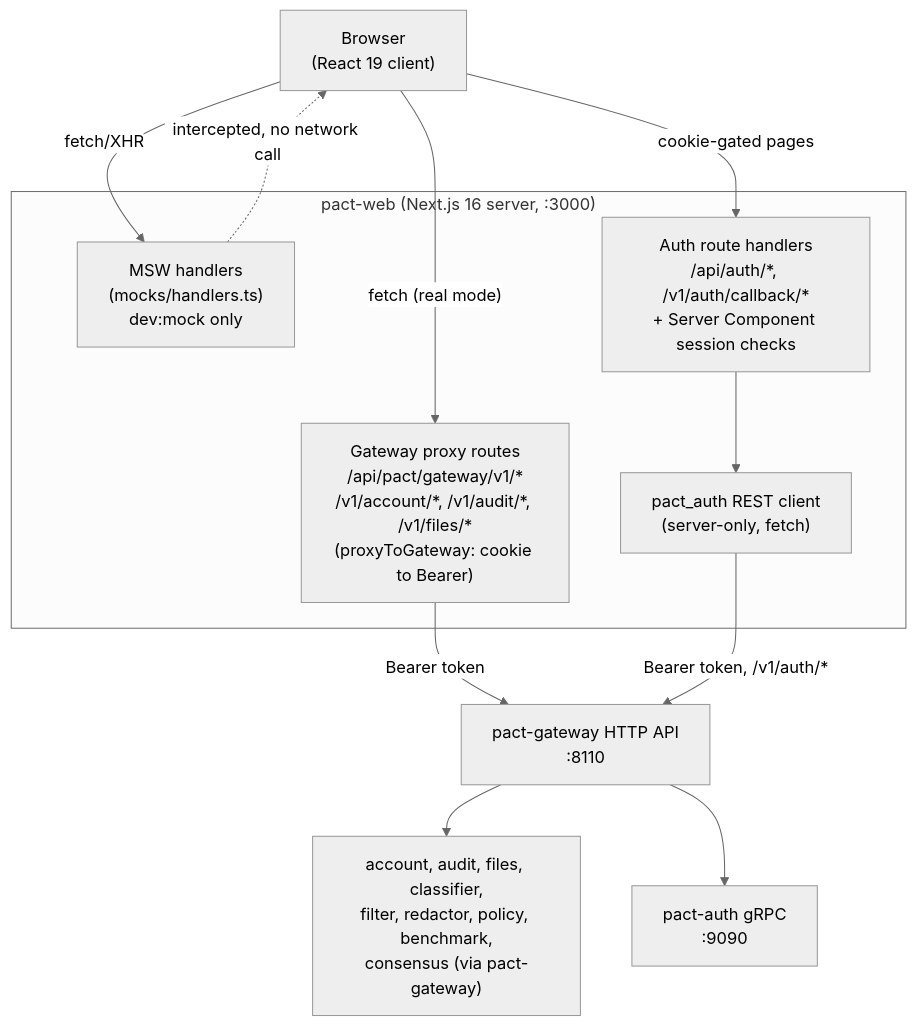
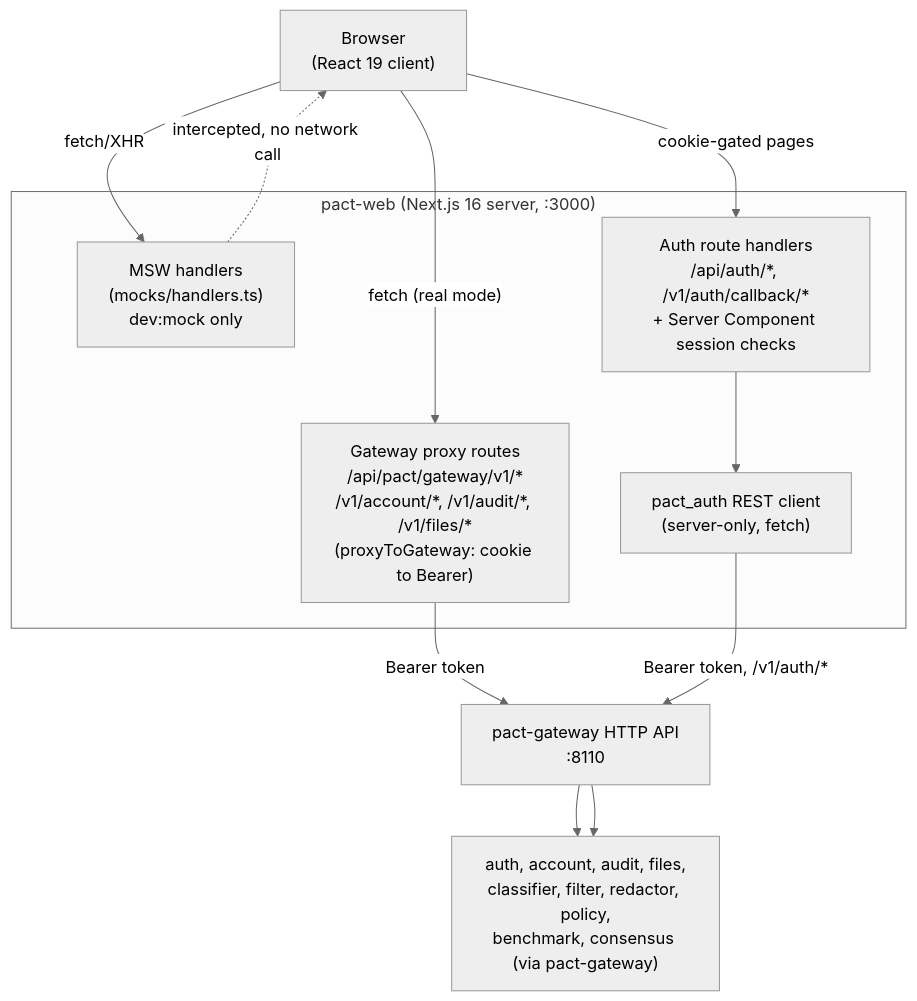
The diagram in README.md (PACT-Toolkit/pact-web), drawn with Mermaid (neutral theme) before and after one commit. The commit also changed other lines of this file and 1 other file, not shown here.

Commit message:
📝 align architecture diagrams with current auth and session flows (#184)

````diff
--- a/README.md
+++ b/README.md
@@ -18,28 +18,27 @@
 ```mermaid
 flowchart TB
     Browser["Browser<br/>(React 19 client)"]
 
     subgraph web["pact-web (Next.js 16 server, :3000)"]
         MSW["MSW handlers<br/>(mocks/handlers.ts)<br/>dev:mock only"]
         ProxyRoutes["Gateway proxy routes<br/>/api/pact/gateway/v1/*<br/>/v1/account/*, /v1/audit/*, /v1/files/*<br/>(proxyToGateway: cookie to Bearer)"]
         AuthRoutes["Auth route handlers<br/>/api/auth/*, /v1/auth/callback/*<br/>+ Server Component session checks"]
         AuthClient["pact_auth REST client<br/>(server-only, fetch)"]
     end
 
     Gateway["pact-gateway HTTP API<br/>:8110"]
-    Auth["pact-auth gRPC<br/>:9090"]
-    Downstream["account, audit, files, classifier,<br/>filter, redactor, policy, benchmark,<br/>consensus (via pact-gateway)"]
+    Downstream["auth, account, audit, files,<br/>classifier, filter, redactor, policy,<br/>benchmark, consensus (via pact-gateway)"]
 
     Browser -->|"fetch/XHR"| MSW
     Browser -->|"fetch (real mode)"| ProxyRoutes
     Browser -->|"cookie-gated pages"| AuthRoutes
 
     MSW -. "intercepted, no network call" .-> Browser
 
     ProxyRoutes -->|"Bearer token"| Gateway
     Gateway --> Downstream
 
     AuthRoutes --> AuthClient
     AuthClient -->|"Bearer token, /v1/auth/*"| Gateway
-    Gateway --> Auth
+    Gateway --> Downstream
 ```
````
